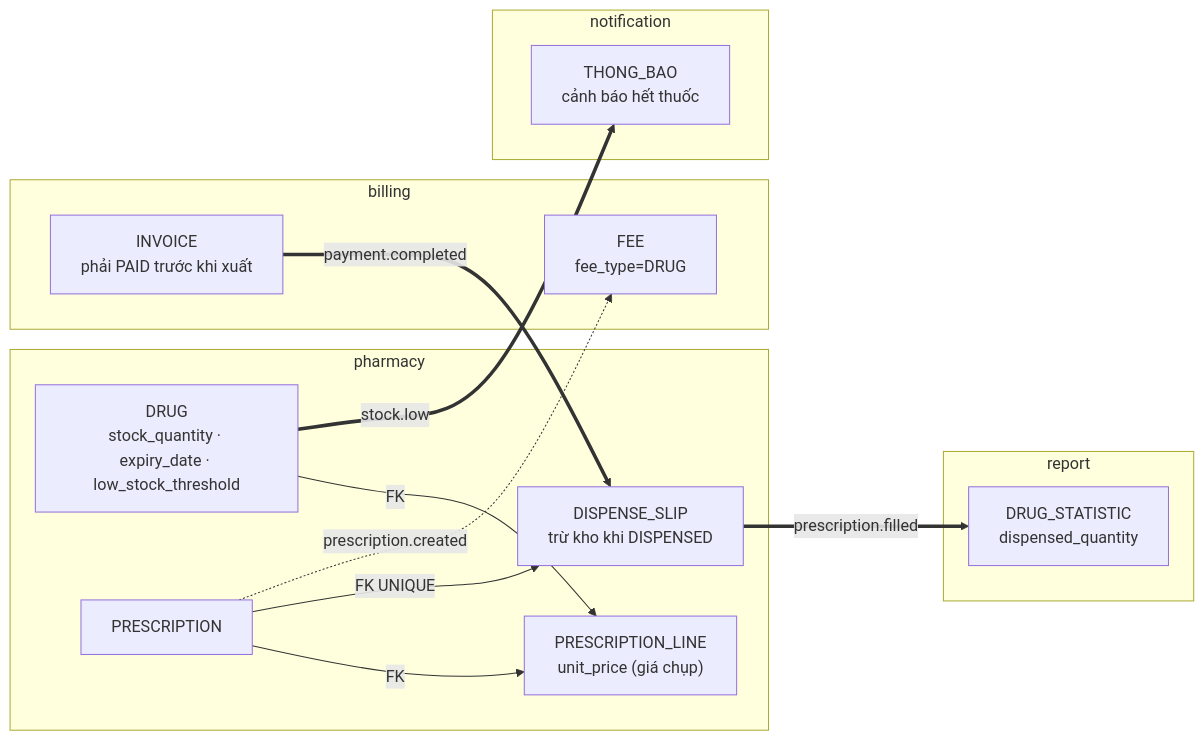
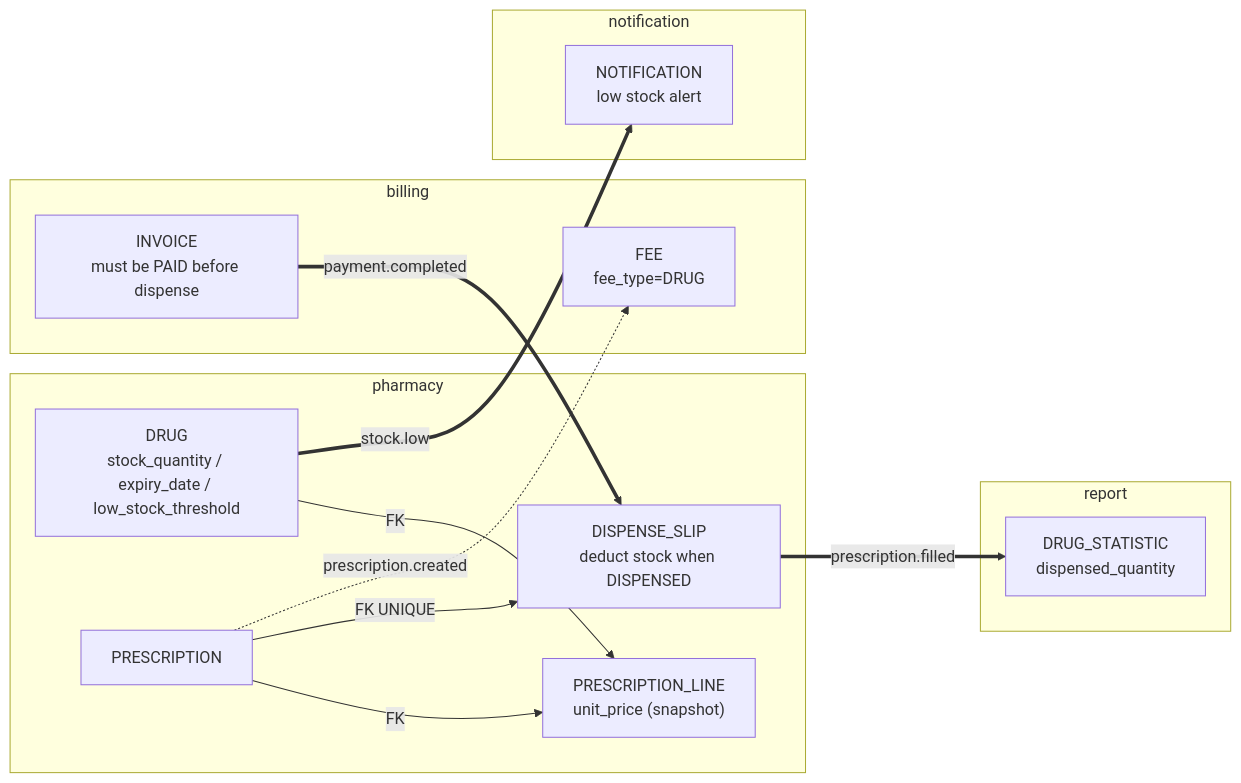
The diagram in docs/eproject_general_plan/erd/diagrams/erd-07-duoc-ton-kho.mmd (Dangvinh77/MediFlow), drawn with Mermaid before and after one commit. The commit also changed 33 other files, not shown here.

Commit message:
docs(erd): update entity relationship diagrams

```diff
--- a/docs/eproject_general_plan/erd/diagrams/erd-07-duoc-ton-kho.mmd
+++ b/docs/eproject_general_plan/erd/diagrams/erd-07-duoc-ton-kho.mmd
@@ -1,24 +1,24 @@
 flowchart LR
     subgraph PHA["pharmacy"]
-        DR["DRUG<br/>stock_quantity · expiry_date · low_stock_threshold"]
-        PRL["PRESCRIPTION_LINE<br/>unit_price (giá chụp)"]
-        DS["DISPENSE_SLIP<br/>trừ kho khi DISPENSED"]
-        PR["PRESCRIPTION"]
+        DRUG["DRUG<br/>stock_quantity / expiry_date / low_stock_threshold"]
+        RXLINE["PRESCRIPTION_LINE<br/>unit_price (snapshot)"]
+        DSLIP["DISPENSE_SLIP<br/>deduct stock when DISPENSED"]
+        RX["PRESCRIPTION"]
     end
     subgraph BIL["billing"]
-        INV["INVOICE<br/>phải PAID trước khi xuất"]
+        INV["INVOICE<br/>must be PAID before dispense"]
         FEE["FEE<br/>fee_type=DRUG"]
     end
     subgraph REP["report"]
         DST["DRUG_STATISTIC<br/>dispensed_quantity"]
     end
     subgraph NOT["notification"]
-        TB["THONG_BAO<br/>cảnh báo hết thuốc"]
+        NOTIF["NOTIFICATION<br/>low stock alert"]
     end
-    PR -->|FK| PRL
-    DR -->|FK| PRL
-    PR -->|FK UNIQUE| DS
-    PR -.->|prescription.created| FEE
-    INV ==>|payment.completed| DS
-    DS ==>|prescription.filled| DST
-    DR ==>|stock.low| TB
+    RX -->|FK| RXLINE
+    DRUG -->|FK| RXLINE
+    RX -->|FK UNIQUE| DSLIP
+    RX -.->|prescription.created| FEE
+    INV ==>|payment.completed| DSLIP
+    DSLIP ==>|prescription.filled| DST
+    DRUG ==>|stock.low| NOTIF
```
